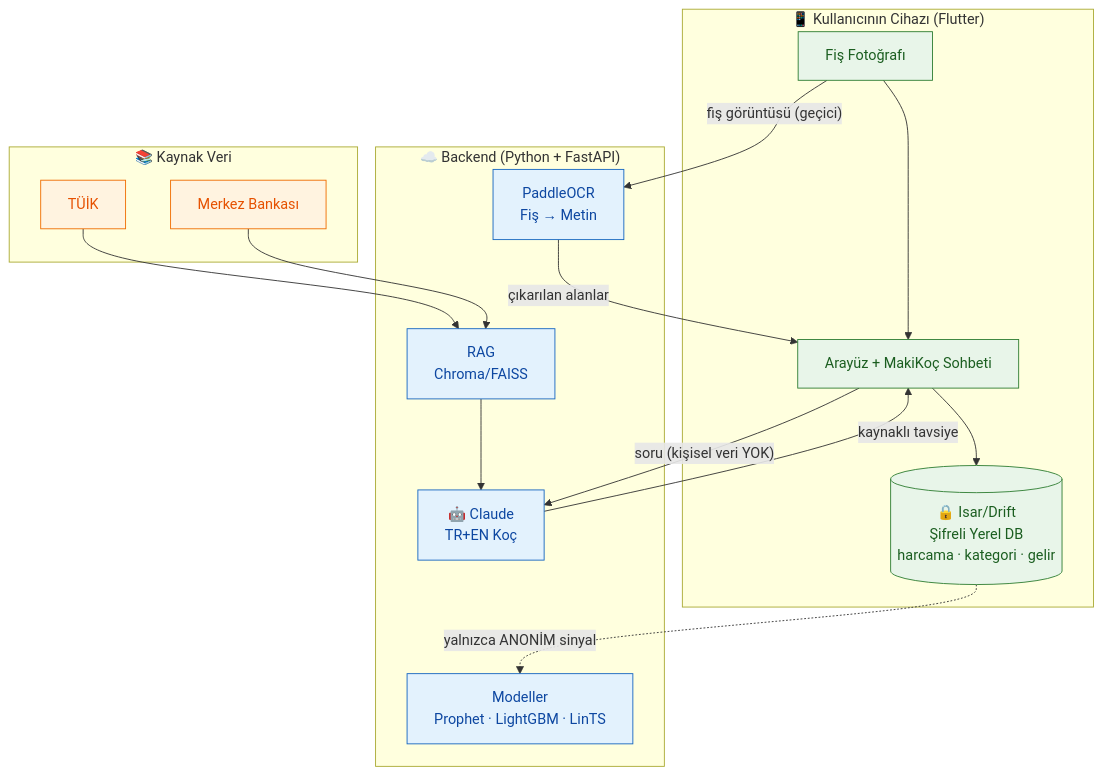
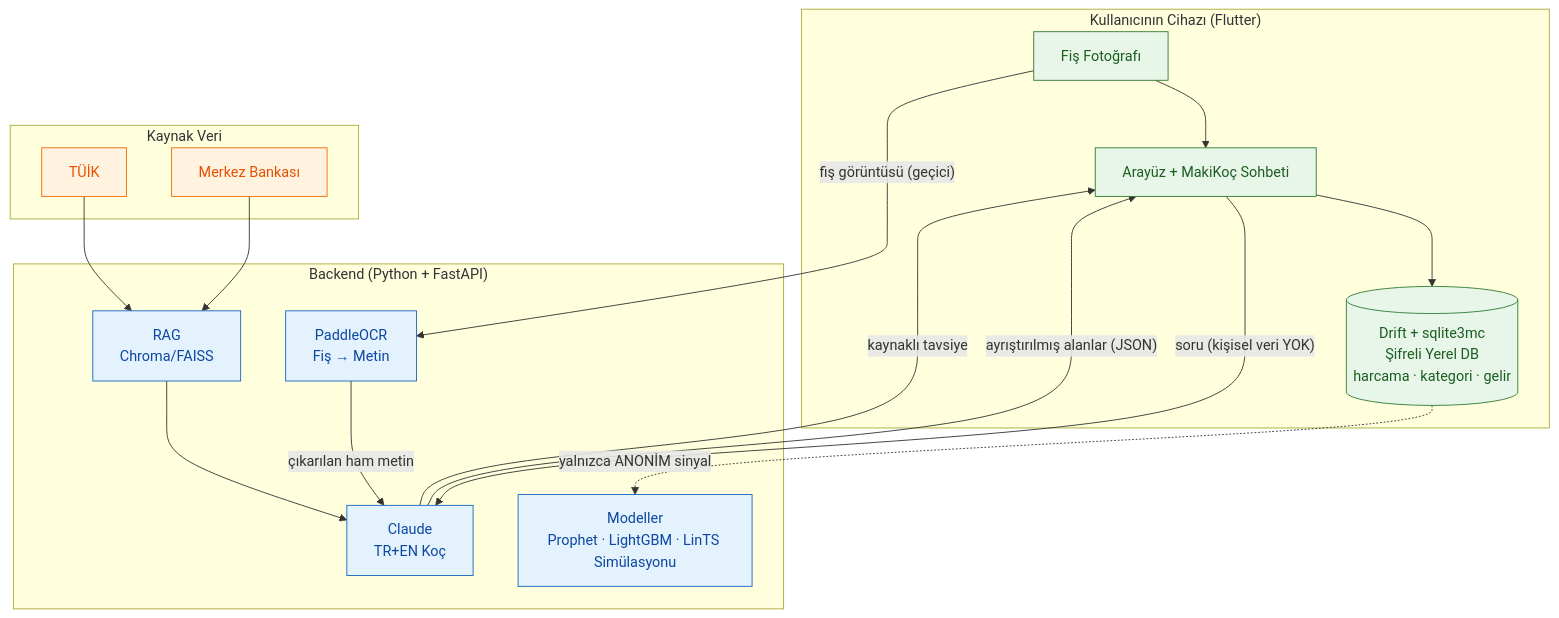
The diagram in README.md (sevncmutlu/bootcamp), drawn with Mermaid before and after one commit. The commit also changed other lines of this file and 15 other files, not shown here.

````diff
--- a/README.md
+++ b/README.md
@@ -57,38 +57,39 @@
 ```mermaid
 flowchart TB
-    subgraph Cihaz["📱 Kullanıcının Cihazı (Flutter)"]
+    subgraph Cihaz["Kullanıcının Cihazı (Flutter)"]
         UI["Arayüz + MakiKoç Sohbeti"]
-        LDB[("🔒 Isar/Drift<br/>Şifreli Yerel DB<br/>harcama · kategori · gelir")]
+        LDB[("Drift + sqlite3mc<br/>Şifreli Yerel DB<br/>harcama · kategori · gelir")]
         OCRD["Fiş Fotoğrafı"]
         UI --> LDB
         OCRD --> UI
     end
 
-    subgraph Sunucu["☁️ Backend (Python + FastAPI)"]
+    subgraph Sunucu["Backend (Python + FastAPI)"]
         OCR["PaddleOCR<br/>Fiş → Metin"]
         RAG["RAG<br/>Chroma/FAISS"]
-        ML["Modeller<br/>Prophet · LightGBM · LinTS"]
-        LLM["🤖 Claude<br/>TR+EN Koç"]
+        ML["Modeller<br/>Prophet · LightGBM · LinTS Simülasyonu"]
+        LLM["Claude<br/>TR+EN Koç"]
     end
 
-    subgraph Kaynak["📚 Kaynak Veri"]
+    subgraph Kaynak["Kaynak Veri"]
         TUIK["TÜİK"]
         MB["Merkez Bankası"]
     end
 
     LDB -. "yalnızca ANONİM sinyal" .-> ML
     OCRD -- "fiş görüntüsü (geçici)" --> OCR
-    OCR -- "çıkarılan alanlar" --> UI
+    OCR -- "çıkarılan ham metin" --> LLM
+    LLM -- "ayrıştırılmış alanlar (JSON)" --> UI
     UI -- "soru (kişisel veri YOK)" --> LLM
     RAG --> LLM
     TUIK --> RAG
     MB --> RAG
     LLM -- "kaynaklı tavsiye" --> UI
 
     classDef device fill:#e8f5e9,stroke:#2e7d32,color:#1b5e20;
     classDef server fill:#e3f2fd,stroke:#1565c0,color:#0d47a1;
     classDef src fill:#fff3e0,stroke:#ef6c00,color:#e65100;
     class UI,LDB,OCRD device;
     class OCR,RAG,ML,LLM server;
     class TUIK,MB src;
 ```
````
